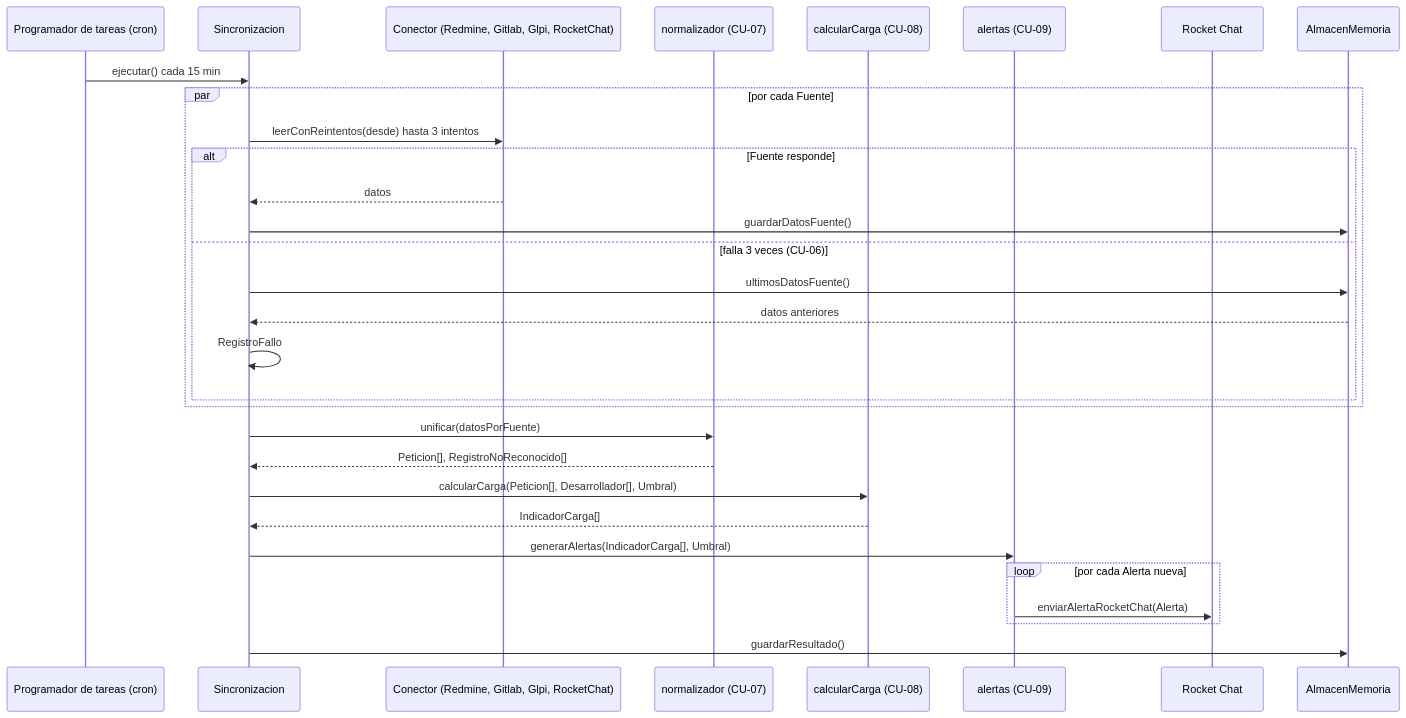
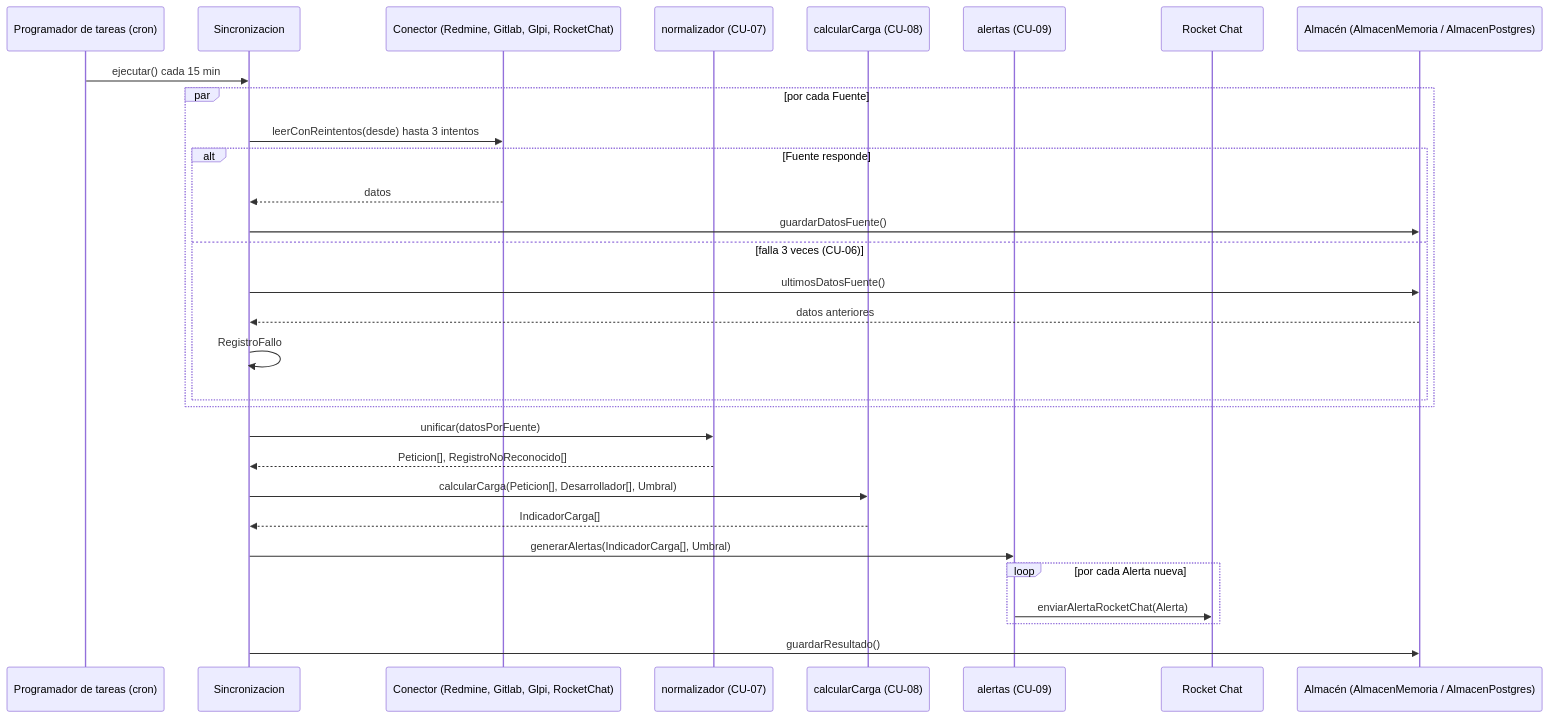
One commit to Camello15/padre-julian-lorente-carga-devs changed the fourth of 7 diagrams in docs/06-diagramas.md. Above: the diagram before and after it, drawn with Mermaid. The commit also changed other lines of this file and 3 other files, not shown here.

````diff
--- a/docs/06-diagramas.md
+++ b/docs/06-diagramas.md
@@ -387,32 +390,32 @@
 ```mermaid
 sequenceDiagram
     participant P as Programador de tareas (cron)
     participant SY as Sincronizacion
     participant C as Conector (Redmine, Gitlab, Glpi, RocketChat)
     participant N as normalizador (CU-07)
     participant CA as calcularCarga (CU-08)
     participant AL as alertas (CU-09)
     participant RC as Rocket Chat
-    participant M as AlmacenMemoria
+    participant M as Almacén (AlmacenMemoria / AlmacenPostgres)
     P->>SY: ejecutar() cada 15 min
     par por cada Fuente
         SY->>C: leerConReintentos(desde) hasta 3 intentos
         alt Fuente responde
             C-->>SY: datos
             SY->>M: guardarDatosFuente()
         else falla 3 veces (CU-06)
             SY->>M: ultimosDatosFuente()
             M-->>SY: datos anteriores
             SY->>SY: RegistroFallo
         end
     end
     SY->>N: unificar(datosPorFuente)
     N-->>SY: Peticion[], RegistroNoReconocido[]
     SY->>CA: calcularCarga(Peticion[], Desarrollador[], Umbral)
     CA-->>SY: IndicadorCarga[]
     SY->>AL: generarAlertas(IndicadorCarga[], Umbral)
     loop por cada Alerta nueva
         AL->>RC: enviarAlertaRocketChat(Alerta)
     end
     SY->>M: guardarResultado()
 ```
````
